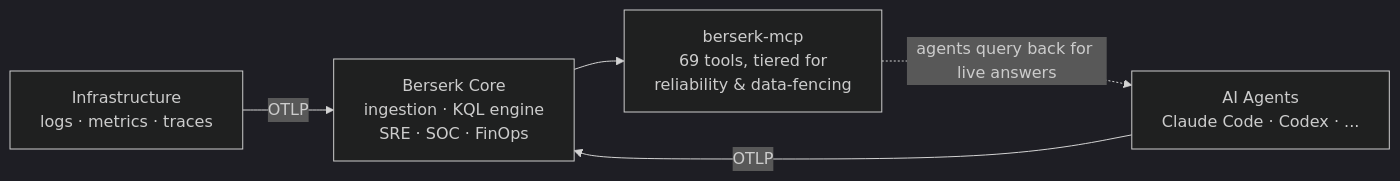
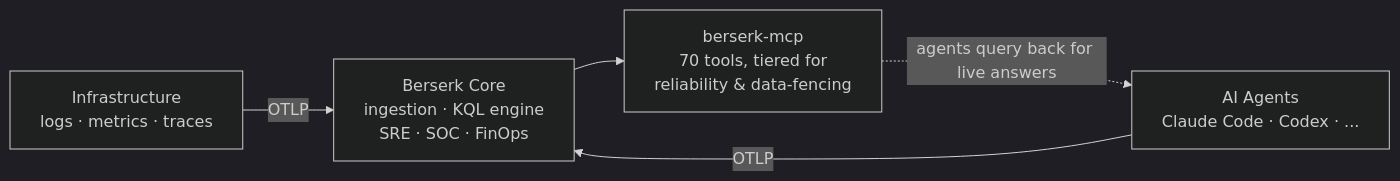
Before and after one commit to ssimonsen0202/berserk_mcp: the first of 2 diagrams in docs/investor-brief-berserk-mcp-2026-08-23.md, drawn with Mermaid (dark theme). The commit also changed other lines of this file and 1 other file, not shown here.

````diff
--- a/docs/investor-brief-berserk-mcp-2026-08-23.md
+++ b/docs/investor-brief-berserk-mcp-2026-08-23.md
@@ -13,7 +13,7 @@
 ```mermaid
 flowchart LR
     Infra["Infrastructure\nlogs · metrics · traces"] -->|OTLP| Core
     Agents["AI Agents\nClaude Code · Codex · ..."] -->|OTLP| Core
-    Core["Berserk Core\ningestion · KQL engine\nSRE · SOC · FinOps"] --> MCP["berserk-mcp\n69 tools, tiered for\nreliability & data-fencing"]
+    Core["Berserk Core\ningestion · KQL engine\nSRE · SOC · FinOps"] --> MCP["berserk-mcp\n70 tools, tiered for\nreliability & data-fencing"]
     MCP -.->|agents query back for live answers| Agents
 ```
````
